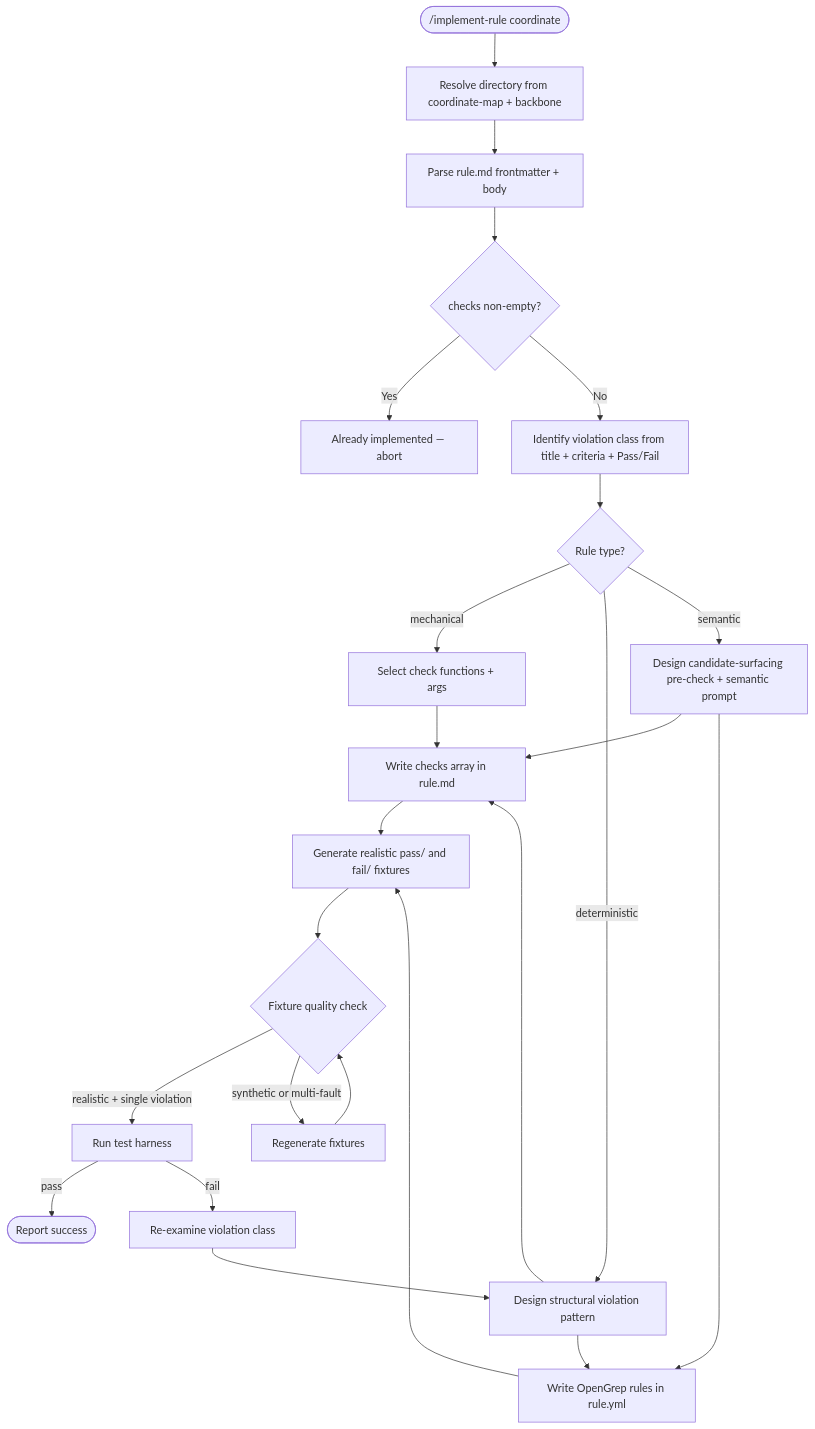
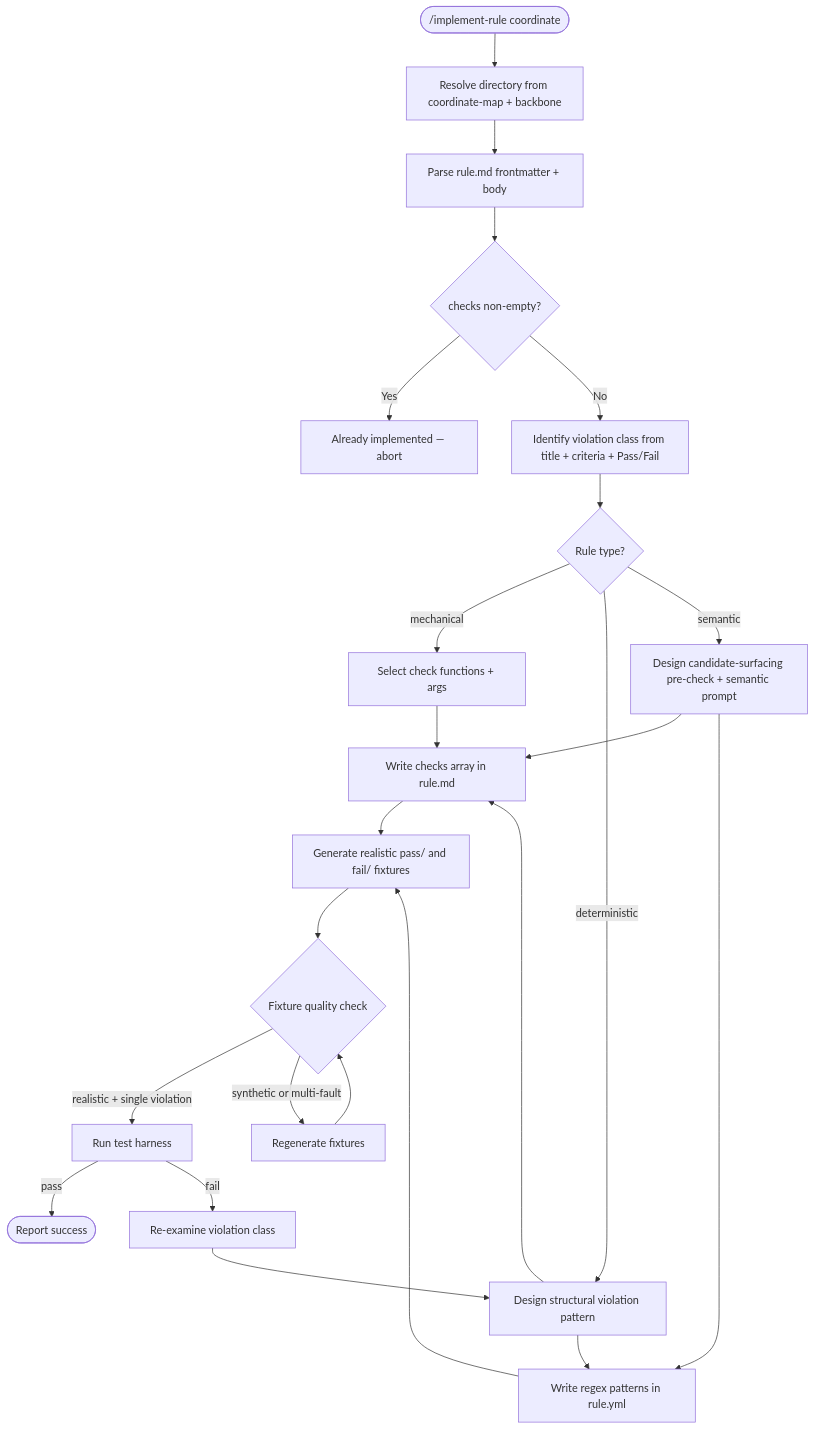
The diagram in .shared/workflows/rule-implementation.md (reporails/rules), drawn with Mermaid before and after one commit. The commit also changed other lines of this file and 9 other files, not shown here.

First line of the commit message:
Replace OpenGrep references with regex terminology

````diff
--- a/.shared/workflows/rule-implementation.md
+++ b/.shared/workflows/rule-implementation.md
@@ -3,24 +3,24 @@
 ```mermaid
 flowchart TD
     START([/implement-rule coordinate]) --> LOCATE[Resolve directory from coordinate-map + backbone]
     LOCATE --> READ[Parse rule.md frontmatter + body]
     READ --> GUARD{checks non-empty?}
     GUARD -->|Yes| ABORT[Already implemented — abort]
     GUARD -->|No| VIOLATION[Identify violation class from title + criteria + Pass/Fail]
     VIOLATION --> ANALYZE{Rule type?}
     ANALYZE -->|mechanical| MECH[Select check functions + args]
     ANALYZE -->|deterministic| DET[Design structural violation pattern]
     ANALYZE -->|semantic| SEM[Design candidate-surfacing pre-check + semantic prompt]
     MECH --> CHECKS[Write checks array in rule.md]
     DET --> CHECKS
     SEM --> CHECKS
-    DET --> PATTERNS[Write OpenGrep rules in rule.yml]
+    DET --> PATTERNS[Write regex patterns in rule.yml]
     SEM --> PATTERNS
     CHECKS --> FIXTURES[Generate realistic pass/ and fail/ fixtures]
     PATTERNS --> FIXTURES
     FIXTURES --> QUALITY{Fixture quality check}
     QUALITY -->|realistic + single violation| VERIFY[Run test harness]
     QUALITY -->|synthetic or multi-fault| REGEN[Regenerate fixtures] --> QUALITY
     VERIFY -->|pass| DONE([Report success])
     VERIFY -->|fail| REANALYZE[Re-examine violation class] --> DET
 ```
````
